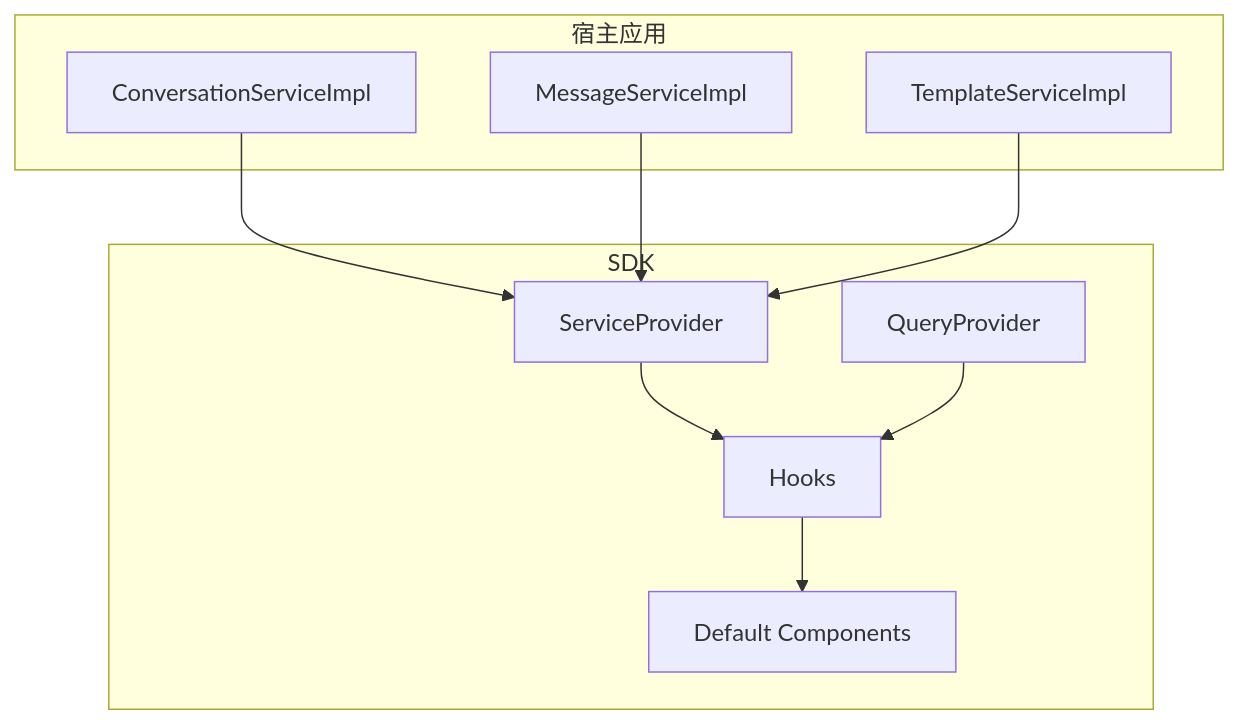
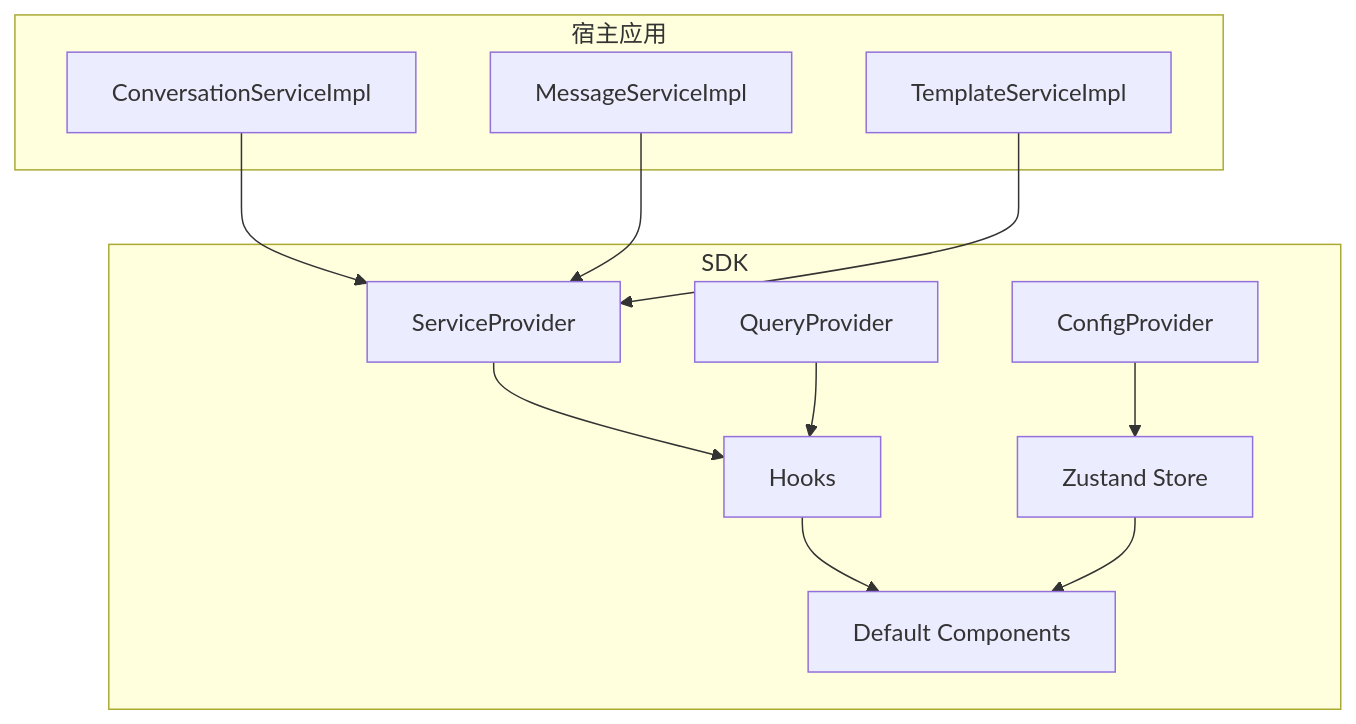
Before and after one commit to givingwu/bifrost-chat: the first of 4 diagrams in docs/architecture-diagrams.md, drawn with Mermaid. The commit also changed other lines of this file and 24 other files, not shown here.

````diff
--- a/docs/architecture-diagrams.md
+++ b/docs/architecture-diagrams.md
@@ -5,22 +5,26 @@
 ```mermaid
 graph TB
   subgraph Host[宿主应用]
-    C1[ConversationServiceImpl]
-    C2[MessageServiceImpl]
-    C3[TemplateServiceImpl]
+    S1[ConversationServiceImpl]
+    S2[MessageServiceImpl]
+    S3[TemplateServiceImpl]
   end
 
   subgraph SDK[SDK]
-    P1[ServiceProvider]
-    P2[QueryProvider]
-    H[Hooks]
-    U[Default Components]
+    CP[ConfigProvider]
+    QP[QueryProvider]
+    SP[ServiceProvider]
+    ST[Zustand Store]
+    HK[Hooks]
+    UI[Default Components]
   end
 
-  C1 --> P1
-  C2 --> P1
-  C3 --> P1
-  P1 --> H
-  P2 --> H
-  H --> U
+  S1 --> SP
+  S2 --> SP
+  S3 --> SP
+  CP --> ST
+  SP --> HK
+  QP --> HK
+  HK --> UI
+  ST --> UI
 ```
````
